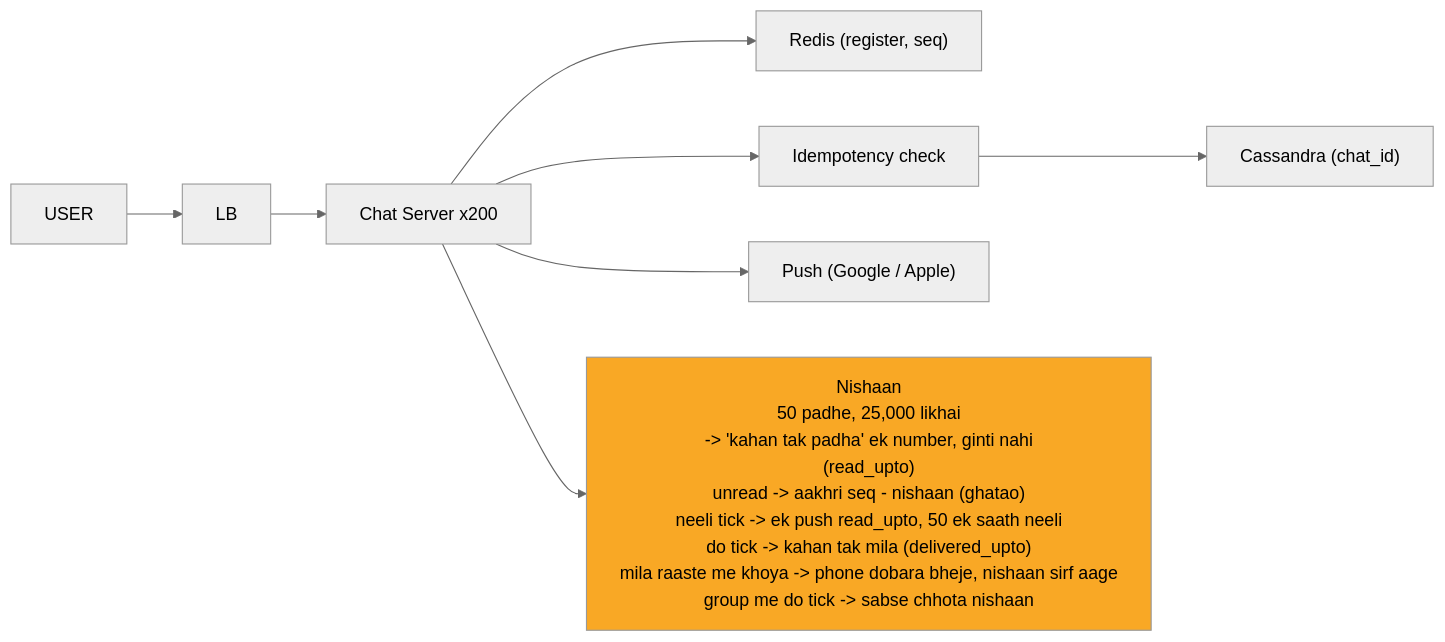
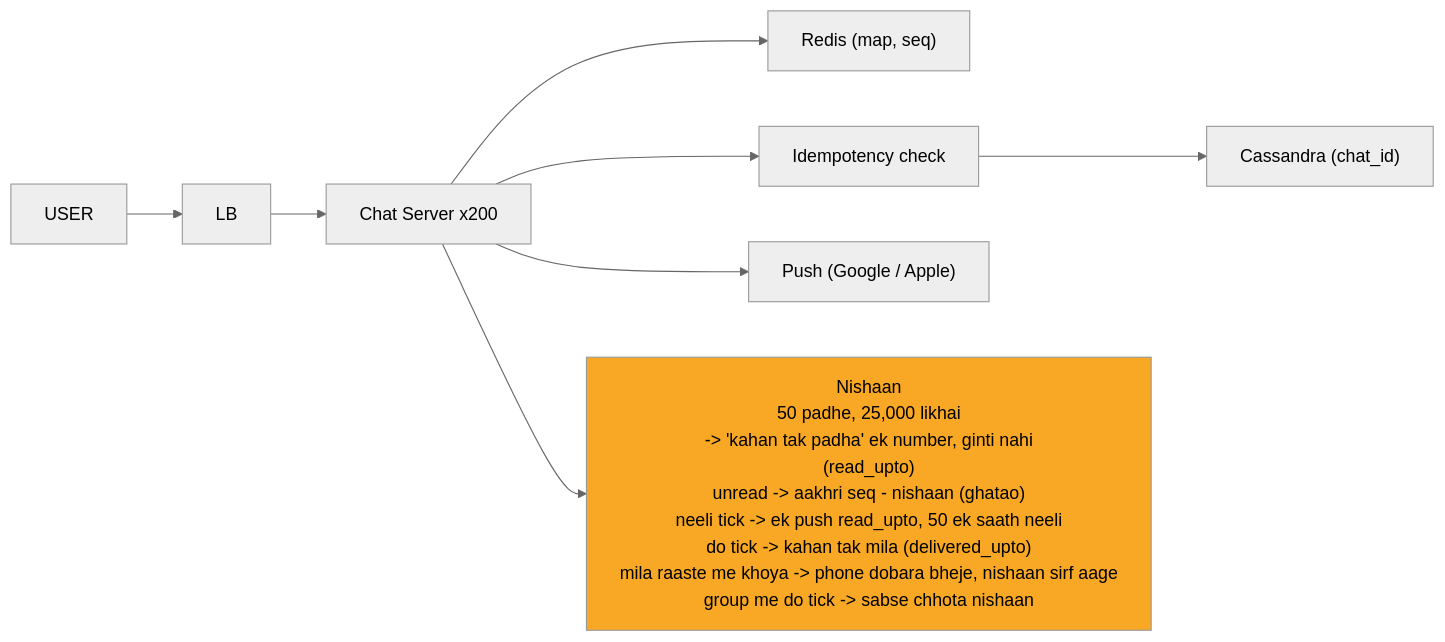
Before and after one commit to ArpanMaheshwari144/Prep: the ninth of 12 diagrams in 04_HLD/SYSTEM_DESIGNS/14_chat_messaging/14_chat_messaging.md, drawn with Mermaid (neutral theme). The commit also changed other lines of this file and 12 other files, not shown here.

````diff
--- a/04_HLD/SYSTEM_DESIGNS/14_chat_messaging/14_chat_messaging.md
+++ b/04_HLD/SYSTEM_DESIGNS/14_chat_messaging/14_chat_messaging.md
@@ -387,20 +387,20 @@
 ```mermaid
 %%{init: {"flowchart": {"wrappingWidth": 450}}}%%
 flowchart LR
     n_U["USER"]
     n_LB["LB"]
     n_CS["Chat Server x200"]
-    n_R["Redis (register, seq)"]
+    n_R["Redis (map, seq)"]
     n_I["Idempotency check"]
     n_CA["Cassandra (chat_id)"]
     n_P["Push (Google / Apple)"]
     n_NS["Nishaan<br/>50 padhe, 25,000 likhai<br/>-> 'kahan tak padha' ek number, ginti nahi<br/>(read_upto)<br/>unread -> aakhri seq - nishaan (ghatao)<br/>neeli tick -> ek push read_upto, 50 ek saath neeli<br/>do tick -> kahan tak mila (delivered_upto)<br/>mila raaste me khoya -> phone dobara bheje, nishaan sirf aage<br/>group me do tick -> sabse chhota nishaan"]
     n_U --> n_LB
     n_LB --> n_CS
     n_CS --> n_R
     n_CS --> n_I
     n_I --> n_CA
     n_CS --> n_P
     n_CS --> n_NS
     style n_NS fill:#f9a825,color:#000
 ```
````
